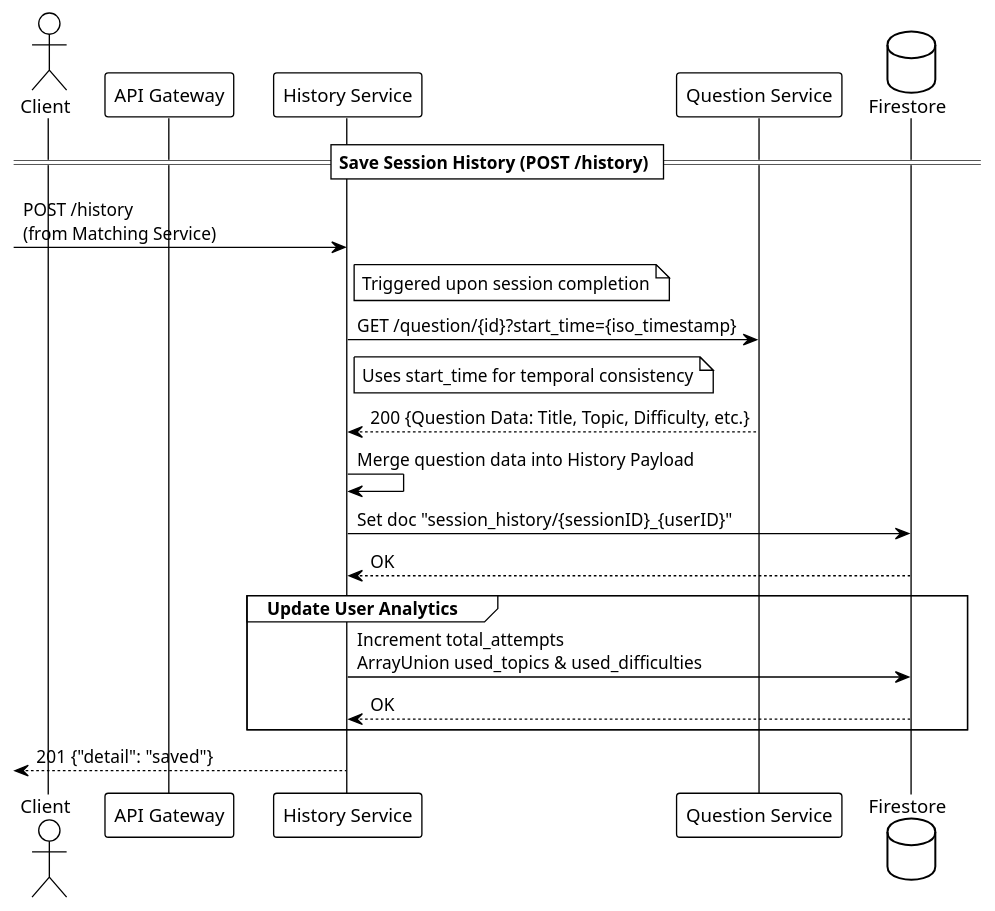
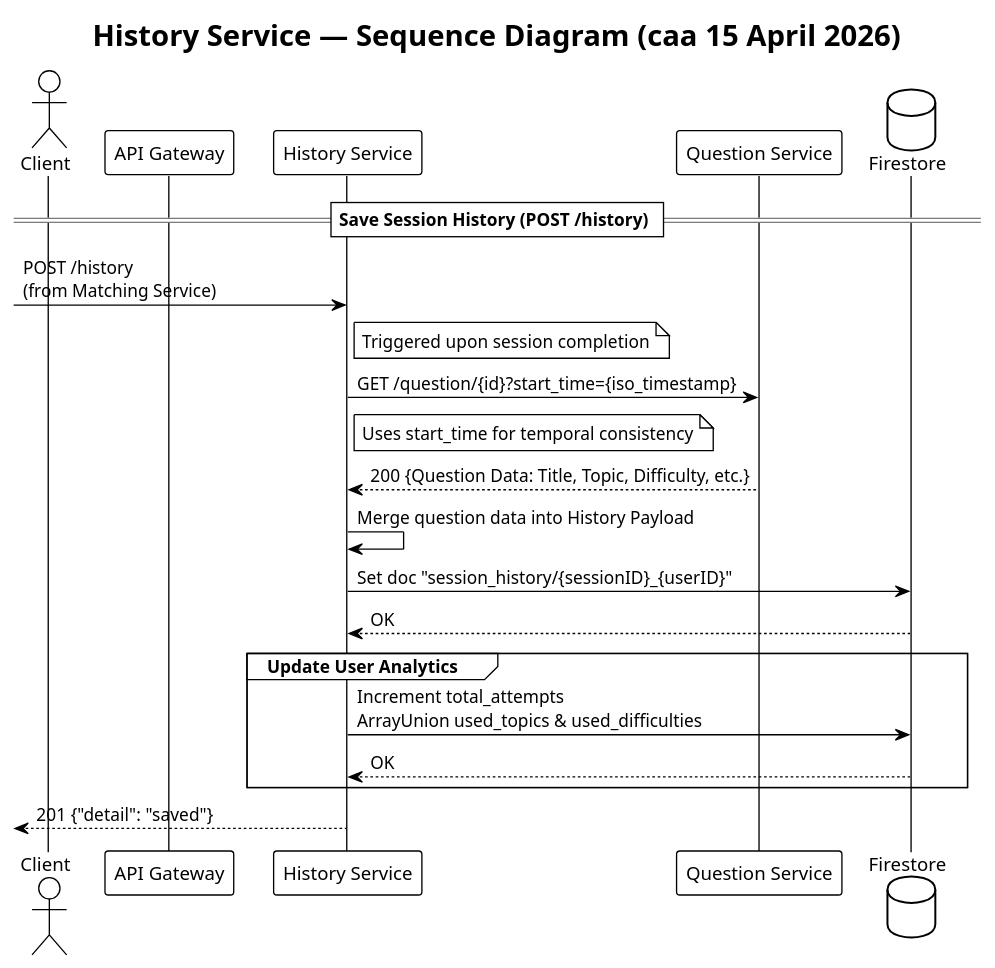
Before and after one commit to CS3219-AY2526S2/peerprep-g18: the diagram in docs/plantUML/history-service-sequence.puml, drawn with PlantUML. The commit also changed 1 other file, not shown here.

Commit message:
Update PlantUML diagrams

```diff
--- a/docs/plantUML/history-service-sequence.puml
+++ b/docs/plantUML/history-service-sequence.puml
@@ -1,31 +1,33 @@
 @startuml
 !theme plain
 skinparam responseMessageBelowArrow true
+
+title History Service — Sequence Diagram (caa 15 April 2026)
 
 actor Client
 participant "API Gateway" as GW
 participant "History Service" as HS
 participant "Question Service" as QS
 database "Firestore" as FS
 
 == Save Session History (POST /history) ==
 [-> HS: POST /history\n(from Matching Service)
 note right HS: Triggered upon session completion
 
 HS -> QS: GET /question/{id}?start_time={iso_timestamp}
 note right HS: Uses start_time for temporal consistency
 QS --> HS: 200 {Question Data: Title, Topic, Difficulty, etc.}
 
 HS -> HS: Merge question data into History Payload
 HS -> FS: Set doc "session_history/{sessionID}_{userID}"
 FS --> HS: OK
 
 group Update User Analytics
     HS -> FS: Increment total_attempts\nArrayUnion used_topics & used_difficulties
     FS --> HS: OK
 end
 [<-- HS: 201 {"detail": "saved"}
 
 
 
 @enduml
```
